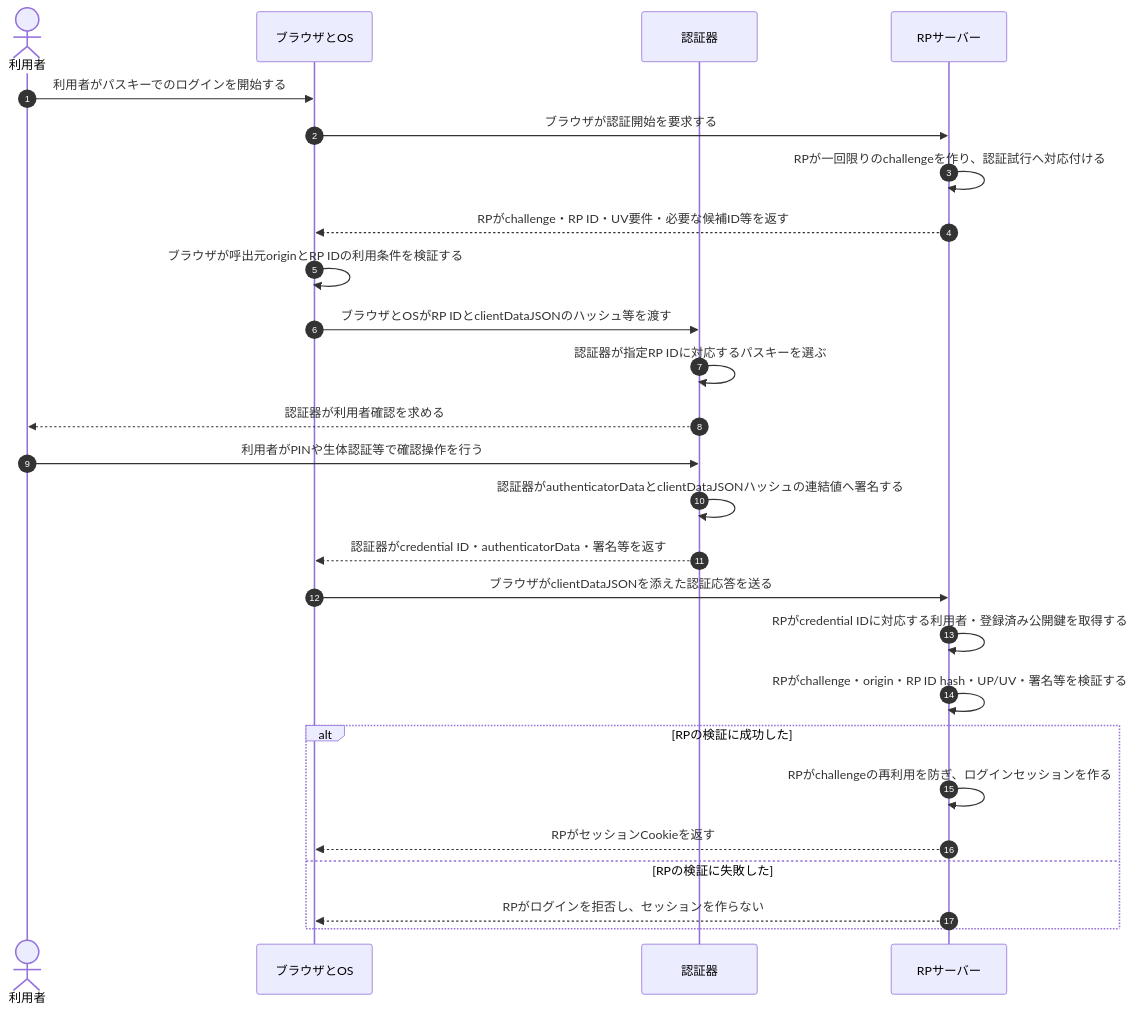
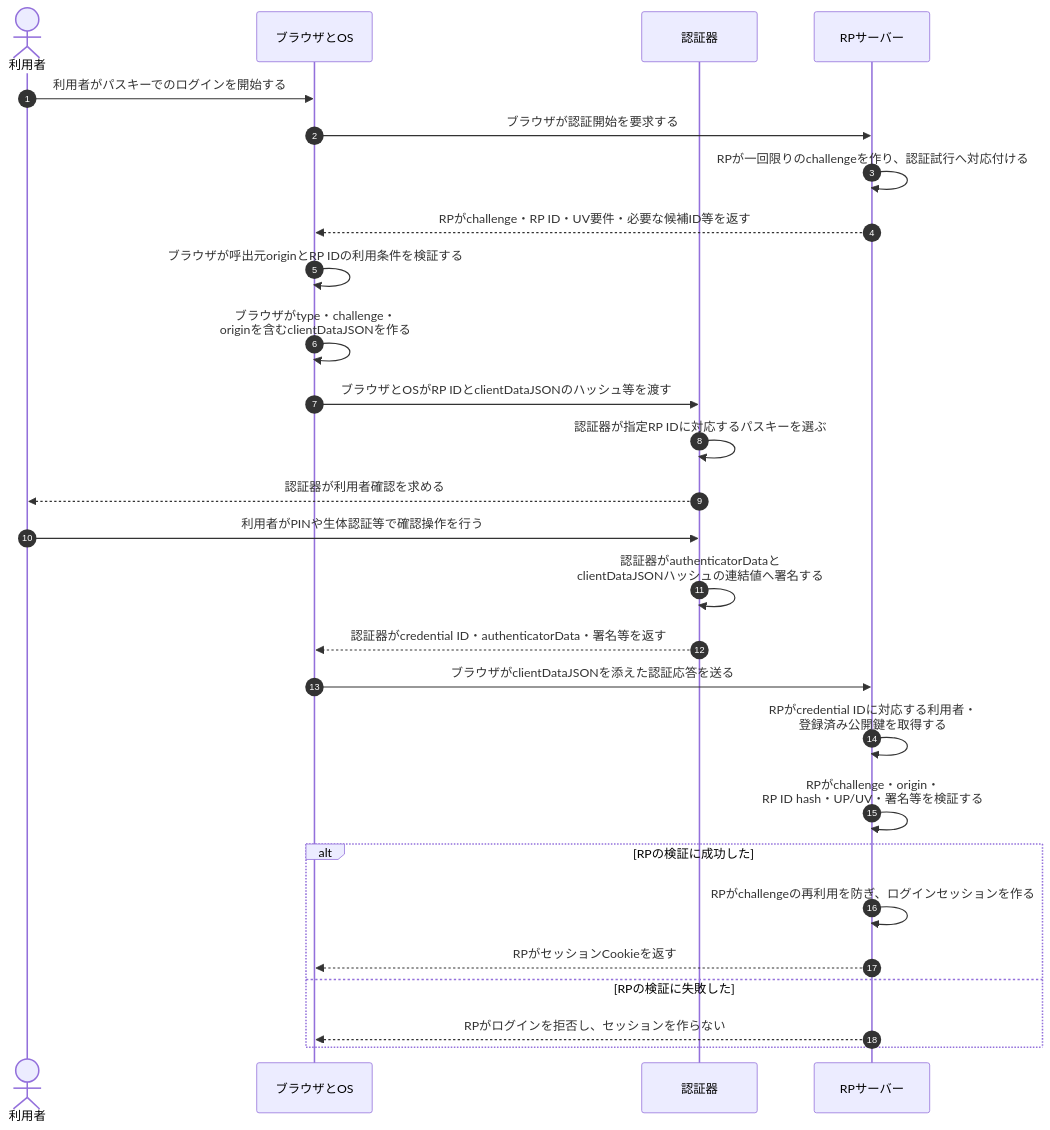
One commit to ryusuke2003/security-specialist-study changed the second of 3 diagrams in 復習用/流れ図/WebAuthnとパスキー認証.md. Above: the diagram before and after it, drawn with Mermaid. The commit also changed other lines of this file and 7 other files, not shown here.

Commit message:
図の折り返しと認証失敗時の前提を整え検証結果と導線を更新

````diff
--- a/復習用/流れ図/WebAuthnとパスキー認証.md
+++ b/復習用/流れ図/WebAuthnとパスキー認証.md
@@ -54,29 +54,30 @@
 ```mermaid
 sequenceDiagram
     autonumber
     actor U as 利用者
     participant B as ブラウザとOS
     participant A as 認証器
     participant R as RPサーバー
 
     U->>B: 利用者がパスキーでのログインを開始する
     B->>R: ブラウザが認証開始を要求する
     R->>R: RPが一回限りのchallengeを作り、認証試行へ対応付ける
     R-->>B: RPがchallenge・RP ID・UV要件・必要な候補ID等を返す
     B->>B: ブラウザが呼出元originとRP IDの利用条件を検証する
+    B->>B: ブラウザがtype・challenge・<br/>originを含むclientDataJSONを作る
     B->>A: ブラウザとOSがRP IDとclientDataJSONのハッシュ等を渡す
     A->>A: 認証器が指定RP IDに対応するパスキーを選ぶ
     A-->>U: 認証器が利用者確認を求める
     U->>A: 利用者がPINや生体認証等で確認操作を行う
-    A->>A: 認証器がauthenticatorDataとclientDataJSONハッシュの連結値へ署名する
+    A->>A: 認証器がauthenticatorDataと<br/>clientDataJSONハッシュの連結値へ署名する
     A-->>B: 認証器がcredential ID・authenticatorData・署名等を返す
     B->>R: ブラウザがclientDataJSONを添えた認証応答を送る
-    R->>R: RPがcredential IDに対応する利用者・登録済み公開鍵を取得する
-    R->>R: RPがchallenge・origin・RP ID hash・UP/UV・署名等を検証する
+    R->>R: RPがcredential IDに対応する利用者・<br/>登録済み公開鍵を取得する
+    R->>R: RPがchallenge・origin・<br/>RP ID hash・UP/UV・署名等を検証する
     alt RPの検証に成功した
         R->>R: RPがchallengeの再利用を防ぎ、ログインセッションを作る
         R-->>B: RPがセッションCookieを返す
     else RPの検証に失敗した
         R-->>B: RPがログインを拒否し、セッションを作らない
     end
 ```
````
